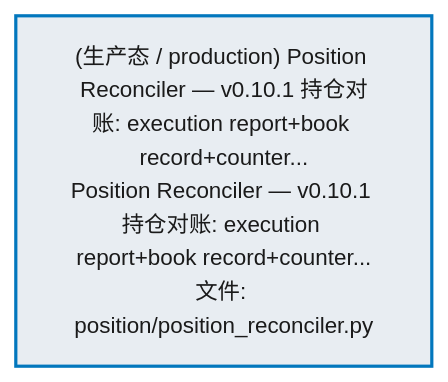
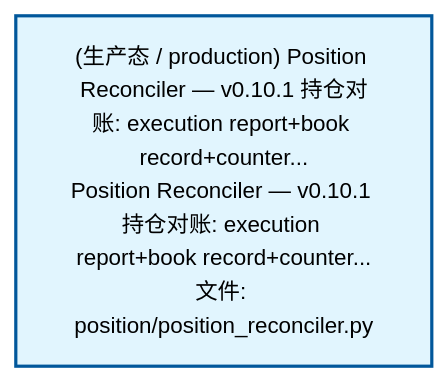
Before and after one commit to xuanFelixVan/ZephyrAlpha: the second of 3 diagrams in docs/02_enterprise_architecture/02_domain_architecture_docs/64_d_position.md, drawn with Mermaid. The commit also changed other lines of this file and 75 other files, not shown here.

````diff
--- a/docs/02_enterprise_architecture/02_domain_architecture_docs/64_d_position.md
+++ b/docs/02_enterprise_architecture/02_domain_architecture_docs/64_d_position.md
@@ -78,10 +78,10 @@
 ```mermaid
 %%{init: {'theme': 'base', 'themeVariables': {'primaryColor': '#eaeaea', 'primaryTextColor': '#333333', 'primaryBorderColor': '#666666', 'lineColor': '#666666', 'secondaryColor': '#eaeaea', 'tertiaryColor': '#eaeaea', 'fontSize': '14px'}}}%%
 flowchart TD
     src_zephyr_position_position_reconciler_py["(生产态 / production) Position Reconciler — v0.10.1 持仓对账: execution report+book record+counter...<br/>Position Reconciler — v0.10.1 持仓对账: execution report+book record+counter...<br/>文件: position/position_reconciler.py"]
-    classDef production fill:#e8edf2,stroke:#0277bd,stroke-width:2px,color:#1a1a1a
-    classDef design fill:#f0ebe3,stroke:#bf360c,stroke-width:2px,color:#1a1a1a,stroke-dasharray: 5 5
-    classDef external_prod fill:#e8efe9,stroke:#1b5e20,stroke-width:1px,color:#1a1a1a
-    classDef external_design fill:#efe5ea,stroke:#880e4f,stroke-width:1px,color:#1a1a1a,stroke-dasharray: 5 5
+    classDef production fill:#e1f5fe,stroke:#01579b,stroke-width:2px,color:#000
+    classDef design fill:#fff3e0,stroke:#e65100,stroke-width:2px,color:#000,stroke-dasharray: 5 5
+    classDef external_prod fill:#e8f4fd,stroke:#0277bd,stroke-width:1px,color:#000
+    classDef external_design fill:#fff8e7,stroke:#ef6c00,stroke-width:1px,color:#000,stroke-dasharray: 5 5
     class src_zephyr_position_position_reconciler_py production
 ```
````
